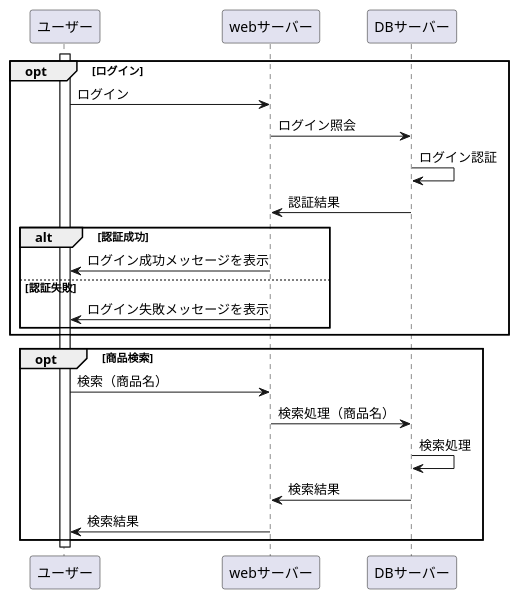
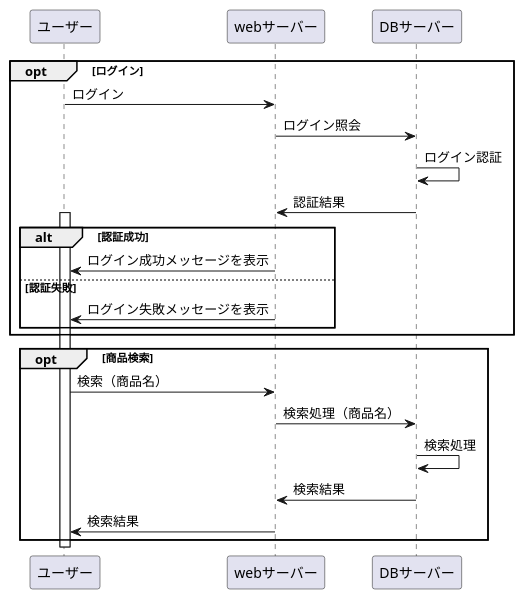
One commit to Aso2001025/2021-sys-design changed the diagram in sample.md. Above: the diagram before and after it, drawn with PlantUML.

````diff
--- a/sample.md
+++ b/sample.md
@@ -1,27 +1,28 @@
 ```uml
   @startuml
     opt ログイン
       ユーザー -> webサーバー: ログイン
       webサーバー -> DBサーバー: ログイン照会
       DBサーバー -> DBサーバー: ログイン認証
       DBサーバー -> webサーバー: 認証結果
+      activate ユーザー
       alt 認証成功
         webサーバー -> ユーザー: ログイン成功メッセージを表示
       else 認証失敗
         webサーバー -> ユーザー: ログイン失敗メッセージを表示
       end
      end
      
-    activate ユーザー
+    
     opt 商品検索
       ユーザー -> webサーバー: 検索（商品名）
       webサーバー -> DBサーバー: 検索処理（商品名）
       DBサーバー -> DBサーバー: 検索処理
       DBサーバー -> webサーバー: 検索結果
       webサーバー -> ユーザー: 検索結果
     end
     
     deactivate ユーザー
     
   @enduml
 ```
````
